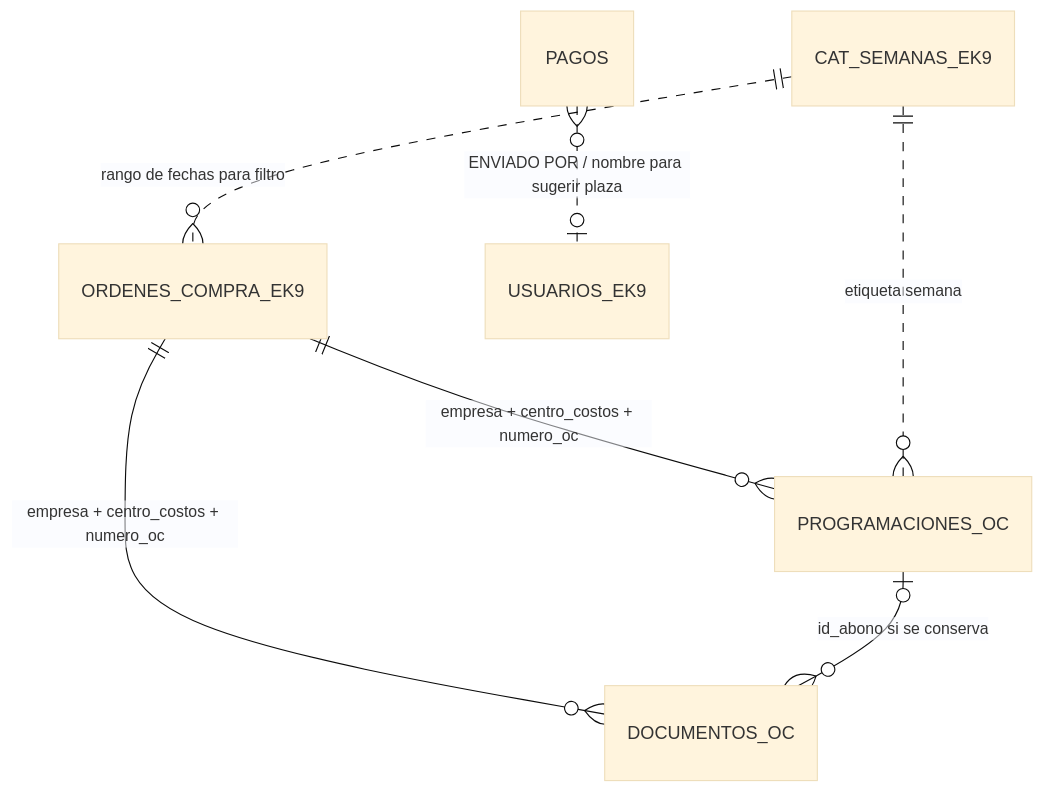
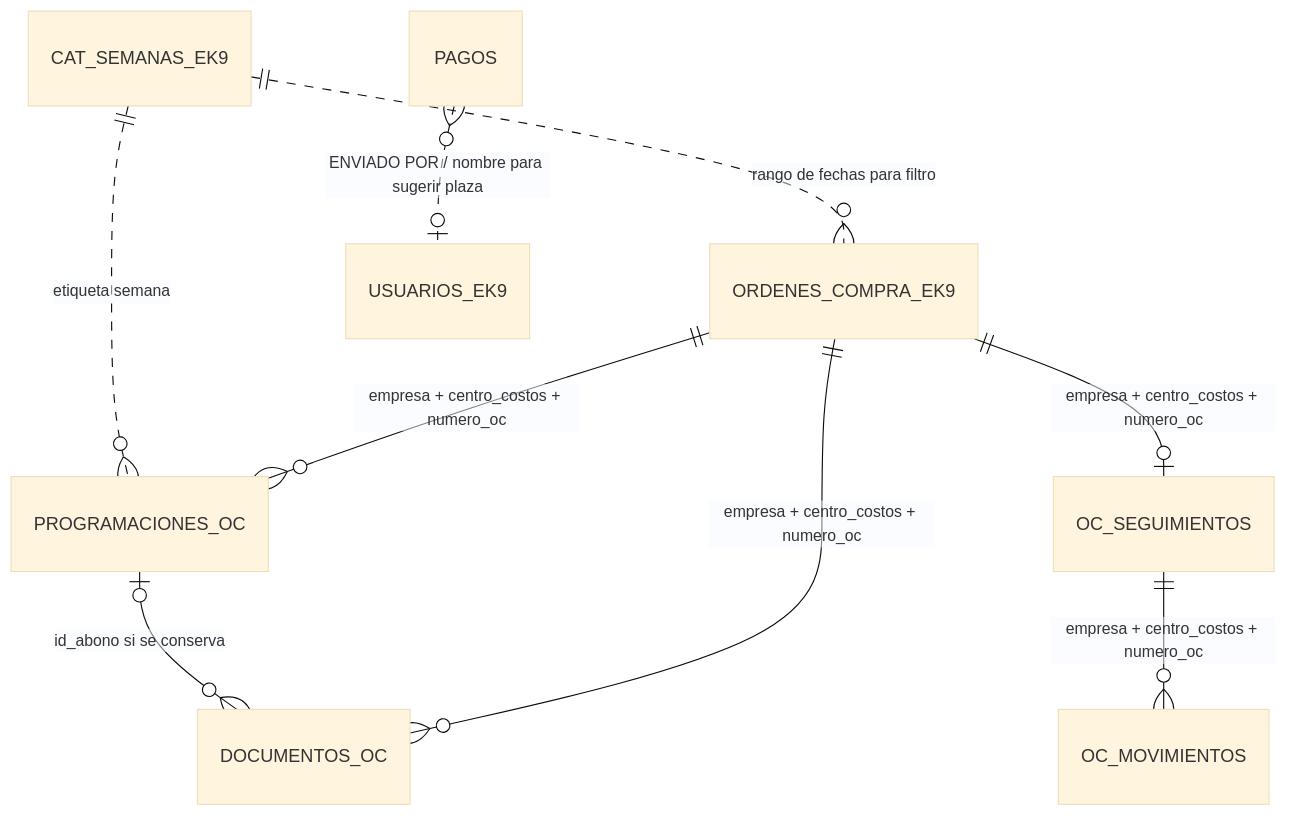
The fourth of 4 diagrams in docs/architecture/flujo-datos-y-tablas.md (EstebanValladares/CONTROL_PAGOS), drawn with Mermaid (base theme) before and after one commit. The commit also changed other lines of this file and 13 other files, not shown here.

````diff
--- a/docs/architecture/flujo-datos-y-tablas.md
+++ b/docs/architecture/flujo-datos-y-tablas.md
@@ -224,9 +230,11 @@
 ```mermaid
 erDiagram
     ORDENES_COMPRA_EK9 ||--o{ PROGRAMACIONES_OC : "empresa + centro_costos + numero_oc"
     ORDENES_COMPRA_EK9 ||--o{ DOCUMENTOS_OC : "empresa + centro_costos + numero_oc"
+    ORDENES_COMPRA_EK9 ||--o| OC_SEGUIMIENTOS : "empresa + centro_costos + numero_oc"
+    OC_SEGUIMIENTOS ||--o{ OC_MOVIMIENTOS : "empresa + centro_costos + numero_oc"
     PROGRAMACIONES_OC o|--o{ DOCUMENTOS_OC : "id_abono si se conserva"
     PAGOS }o..o| USUARIOS_EK9 : "ENVIADO POR / nombre para sugerir plaza"
     CAT_SEMANAS_EK9 ||..o{ ORDENES_COMPRA_EK9 : "rango de fechas para filtro"
     CAT_SEMANAS_EK9 ||..o{ PROGRAMACIONES_OC : "etiqueta semana"
 ```
````
